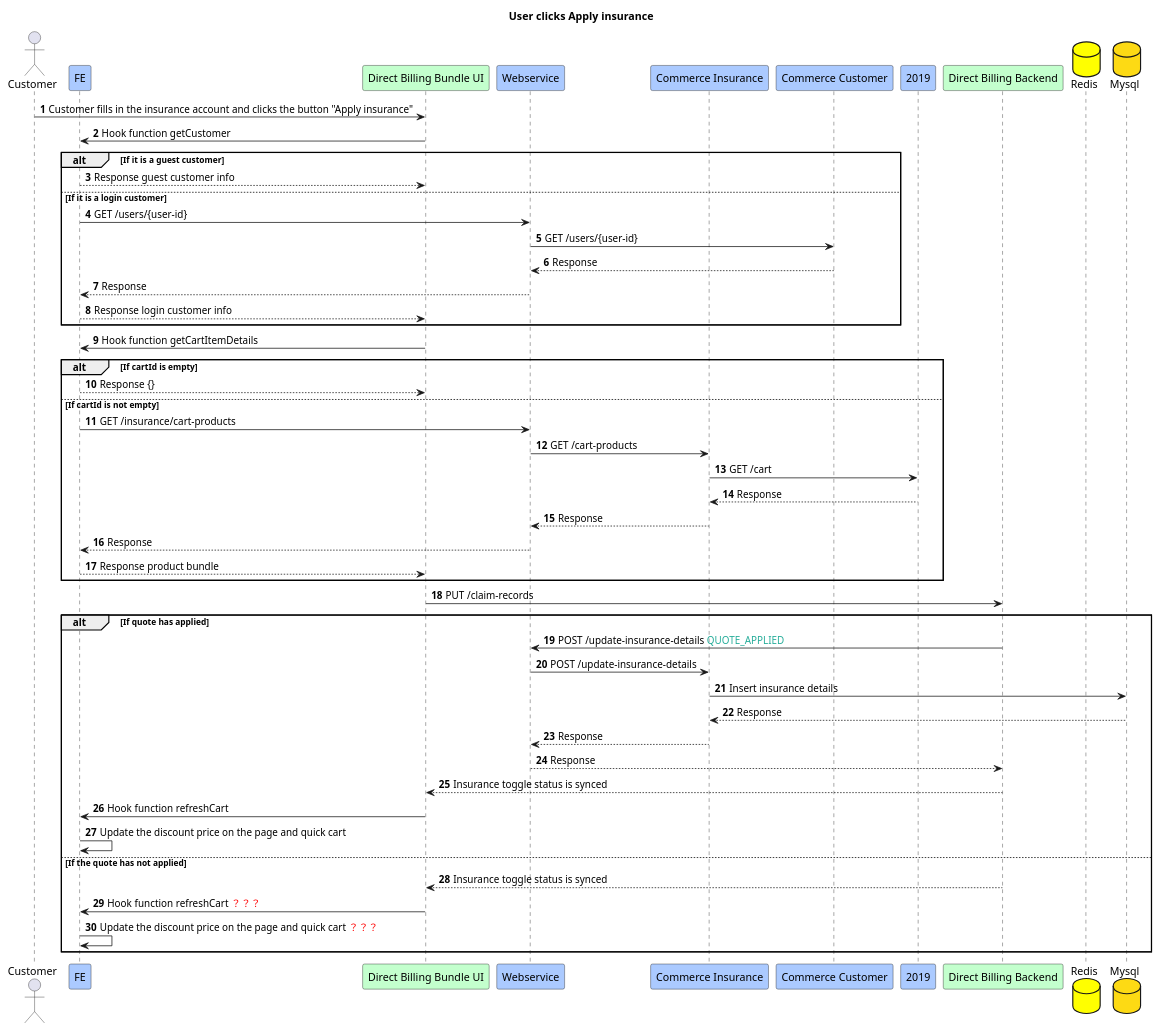
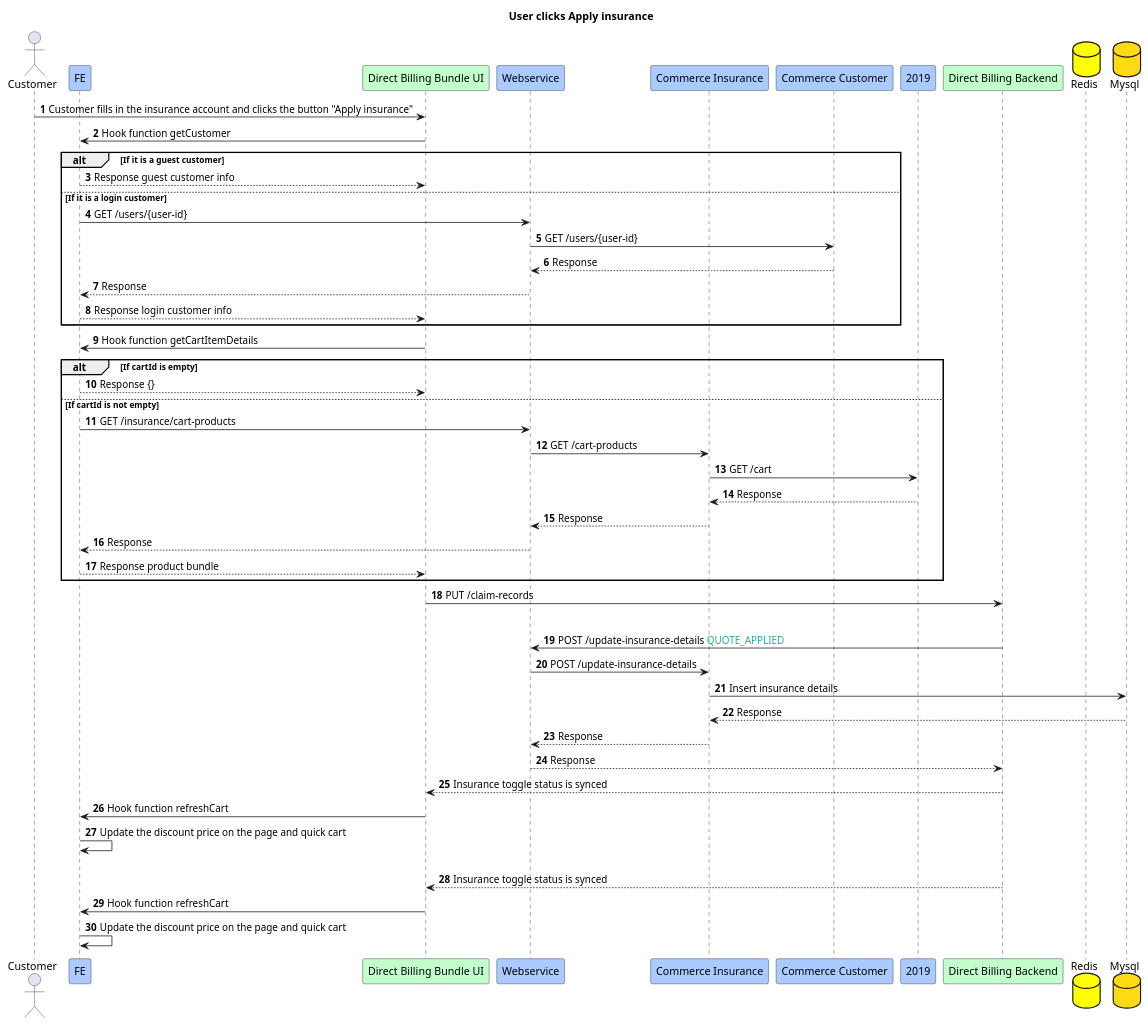
One commit to Jayounger/EyeMed-Sequence-Diagram changed the diagram in 2.Customer clicks Apply insurance in cart page.puml. Above: the diagram before and after it, drawn with PlantUML. The commit also changed 2 other files, not shown here.

```diff
--- a/2.Customer clicks Apply insurance in cart page.puml
+++ b/2.Customer clicks Apply insurance in cart page.puml
@@ -1,58 +1,57 @@
 @startuml
 title User clicks Apply insurance
 actor Customer
 participant FE #abcaff
 participant "Direct Billing Bundle UI" #c3ffcd
 participant "Webservice" #abcaff
 participant "Commerce Insurance" #abcaff
 participant "Commerce Customer" #abcaff
 participant "2019" #abcaff
 participant "Direct Billing Backend" #c3ffcd
 database "Redis" #yellow
 database "Mysql" #fdda14
 
 autonumber
 Customer -> "Direct Billing Bundle UI":Customer fills in the insurance account and clicks the button "Apply insurance"
 "Direct Billing Bundle UI" -> FE:Hook function getCustomer
 
 alt If it is a guest customer
     FE --> "Direct Billing Bundle UI":Response guest customer info
 else If it is a login customer
     FE -> "Webservice":GET /users/{user-id}
     "Webservice" -> "Commerce Customer":GET /users/{user-id}
     "Commerce Customer" --> "Webservice":Response
     "Webservice" --> FE:Response
     FE --> "Direct Billing Bundle UI":Response login customer info
 end
 
 "Direct Billing Bundle UI" -> FE:Hook function getCartItemDetails
 alt If cartId is empty
     FE --> "Direct Billing Bundle UI":Response {}
 else If cartId is not empty
     FE -> "Webservice":GET /insurance/cart-products
     "Webservice" -> "Commerce Insurance":GET /cart-products
     "Commerce Insurance" -> 2019:GET /cart
     2019 --> "Commerce Insurance":Response
     "Commerce Insurance" --> "Webservice":Response
     "Webservice" --> FE:Response
     FE --> "Direct Billing Bundle UI":Response product bundle
 end
 
 "Direct Billing Bundle UI" -> "Direct Billing Backend": PUT /claim-records
 
 alt If quote has applied
     "Direct Billing Backend" -> "Webservice":POST /update-insurance-details <font color=#27ad9a>QUOTE_APPLIED
     "Webservice" -> "Commerce Insurance":POST /update-insurance-details
     "Commerce Insurance" -> "Mysql":Insert insurance details
     "Mysql" --> "Commerce Insurance":Response
     "Commerce Insurance" --> "Webservice":Response
     "Webservice" --> "Direct Billing Backend":Response
     "Direct Billing Backend" --> "Direct Billing Bundle UI":Insurance toggle status is synced
     "Direct Billing Bundle UI" -> FE:Hook function refreshCart
     FE -> FE:Update the discount price on the page and quick cart
 else If the quote has not applied
     "Direct Billing Backend" --> "Direct Billing Bundle UI":Insurance toggle status is synced
-    "Direct Billing Bundle UI" -> FE:Hook function refreshCart <font color=red>？？？
-    FE -> FE:Update the discount price on the page and quick cart <font color=red>？？？
-end
+    "Direct Billing Bundle UI" -> FE:Hook function refreshCart
+    FE -> FE:Update the discount price on the page and quick cart
 @enduml
```
